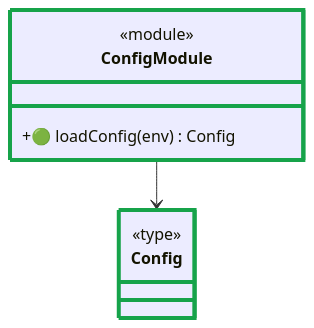
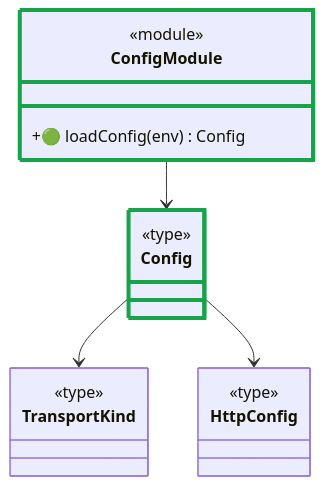
Diagram 13 of 19 in docs/architecture/system-class-diagram.md (SzatanKluska/MCPSWEBOK), drawn with Mermaid before and after one commit. The commit also changed other lines of this file and 6 other files, not shown here.

````diff
--- a/docs/architecture/system-class-diagram.md
+++ b/docs/architecture/system-class-diagram.md
@@ -558,12 +586,16 @@
 ```mermaid
 classDiagram
   class Config { <<type>> }
+  class TransportKind { <<type>> }
+  class HttpConfig { <<type>> }
   class ConfigModule {
     <<module>>
     +🟢 loadConfig(env) Config
   }
 
   ConfigModule --> Config
+  Config --> TransportKind
+  Config --> HttpConfig
   style Config stroke:#16A34A,stroke-width:4px
   style ConfigModule stroke:#16A34A,stroke-width:4px
 ```
````
